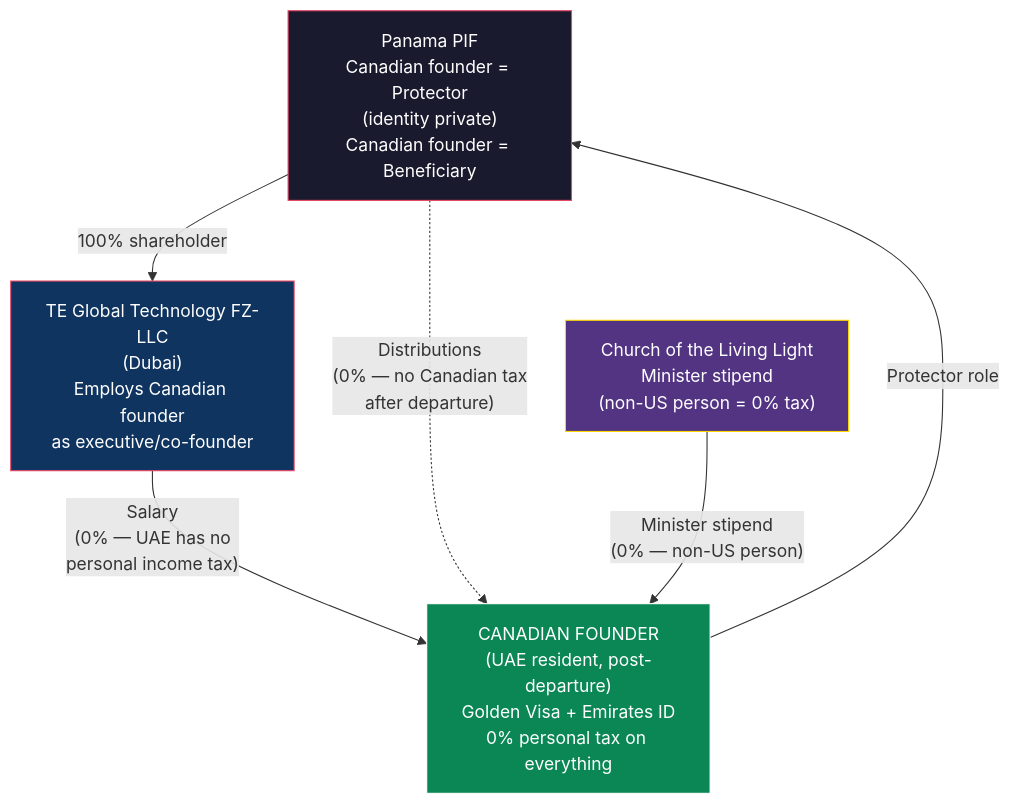
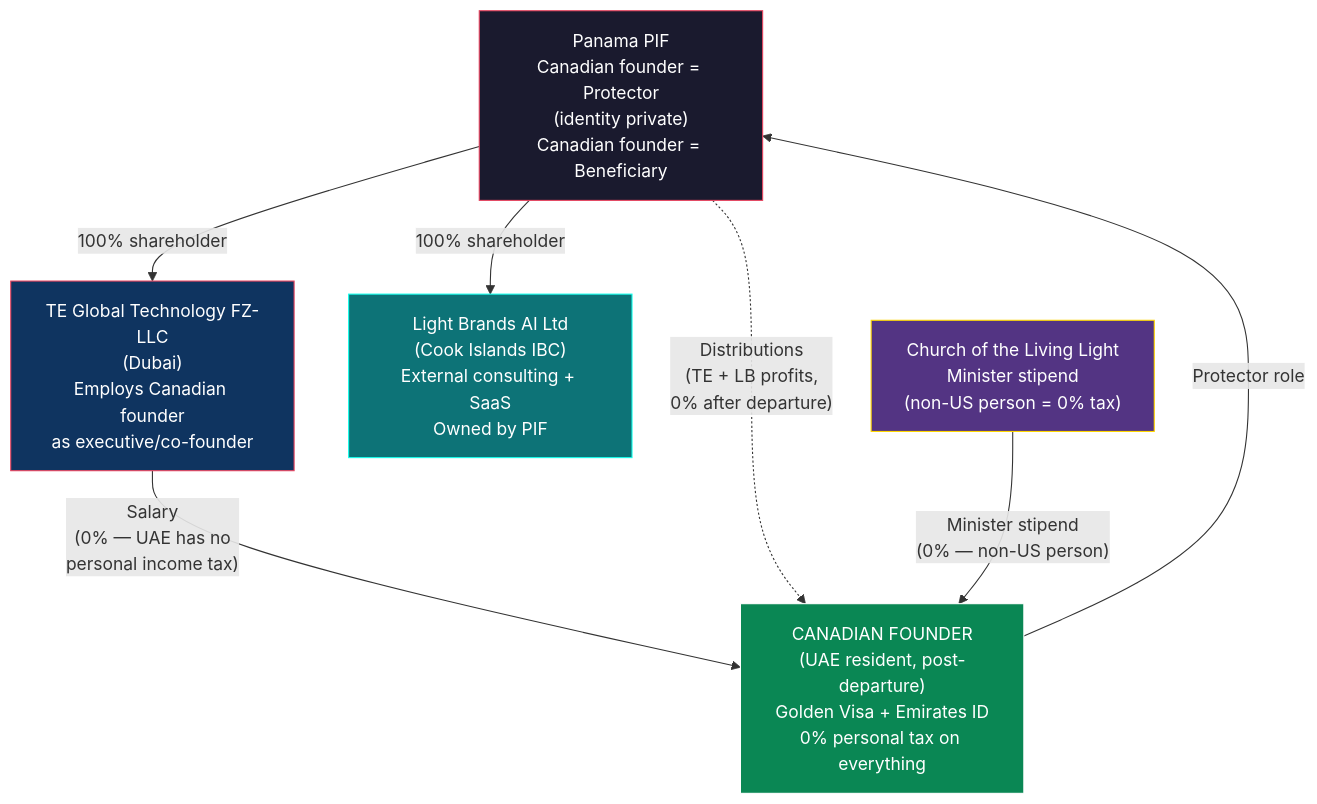
One commit to Light-Brands/epic-center changed the diagram in docs/tax-structure/04-FOUNDER-GUIDE-CANADA.md. Above: the diagram before and after it, drawn with Mermaid. The commit also changed other lines of this file and 7 other files, not shown here.

First line of the commit message:
Integrate Light Brands AI (Cook Islands IBC) into tax structure docs

````diff
--- a/docs/tax-structure/04-FOUNDER-GUIDE-CANADA.md
+++ b/docs/tax-structure/04-FOUNDER-GUIDE-CANADA.md
@@ -18,21 +18,25 @@
 ```mermaid
 graph TB
     PIF["Panama PIF<br/>Canadian founder = Protector<br/>(identity private)<br/>Canadian founder = Beneficiary"]
 
     UAE["TE Global Technology FZ-LLC<br/>(Dubai)<br/>Employs Canadian founder<br/>as executive/co-founder"]
 
+    CI["Light Brands AI Ltd<br/>(Cook Islands IBC)<br/>External consulting + SaaS<br/>Owned by PIF"]
+
     CHURCH["Church of the Living Light<br/>Minister stipend<br/>(non-US person = 0% tax)"]
 
     CA["CANADIAN FOUNDER<br/>(UAE resident, post-departure)<br/>Golden Visa + Emirates ID<br/>0% personal tax on everything"]
 
     PIF -->|"100% shareholder"| UAE
+    PIF -->|"100% shareholder"| CI
     UAE -->|"Salary<br/>(0% — UAE has no<br/>personal income tax)"| CA
-    PIF -.->|"Distributions<br/>(0% — no Canadian tax<br/>after departure)"| CA
+    PIF -.->|"Distributions<br/>(TE + LB profits,<br/>0% after departure)"| CA
     CHURCH -->|"Minister stipend<br/>(0% — non-US person)"| CA
     CA -->|"Protector role"| PIF
 
     style PIF fill:#1a1a2e,stroke:#e94560,color:#fff
     style UAE fill:#0f3460,stroke:#e94560,color:#fff
+    style CI fill:#0d7377,stroke:#14ffec,color:#fff
     style CHURCH fill:#533483,stroke:#ffd700,color:#fff
     style CA fill:#0a8754,stroke:#fff,color:#fff
 ```
````
